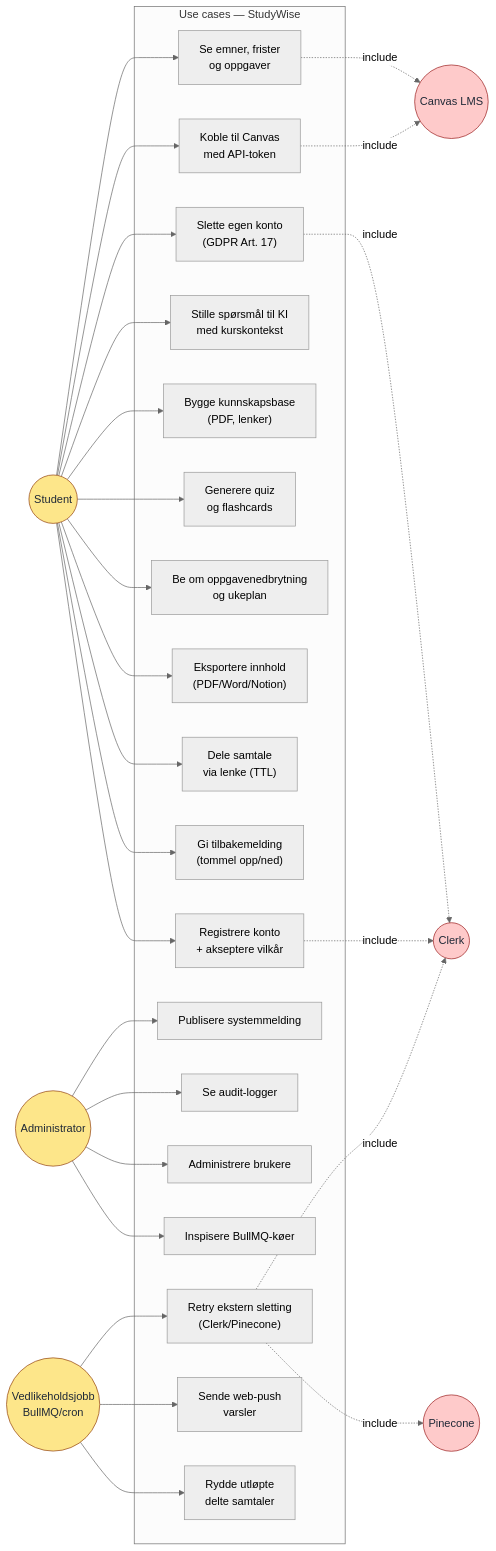
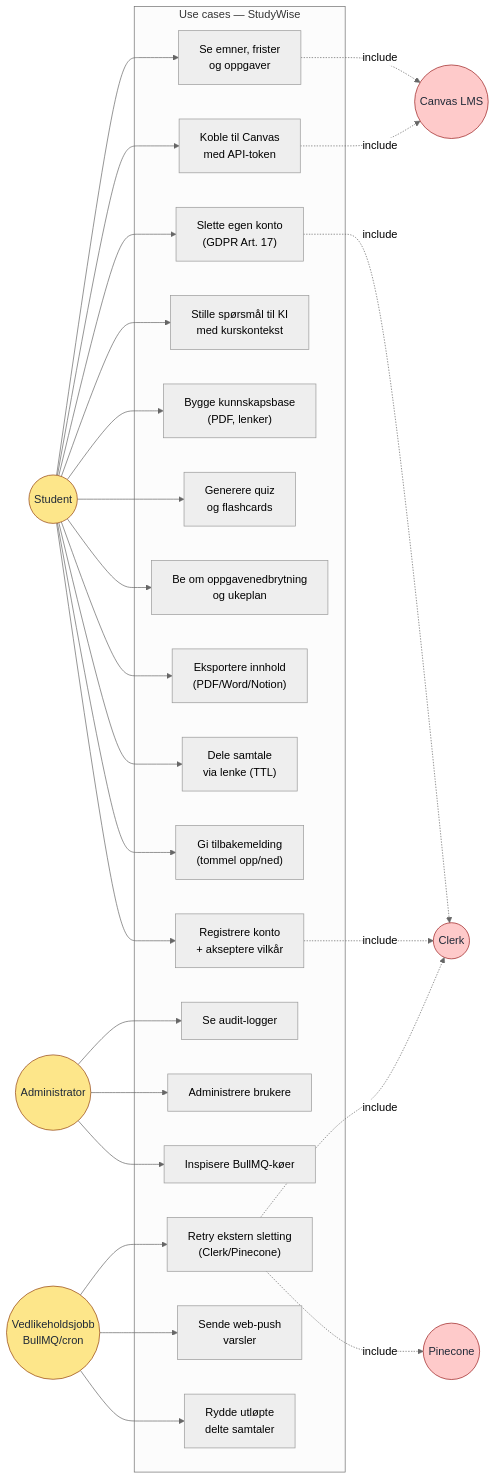
Before and after one commit to 26zl/StudyWise: the diagram in filer_prosjekt/diagrammer/13-use-case-diagram.md, drawn with Mermaid (neutral theme). The commit also changed 6 other files, not shown here.

````diff
--- a/filer_prosjekt/diagrammer/13-use-case-diagram.md
+++ b/filer_prosjekt/diagrammer/13-use-case-diagram.md
@@ -5,63 +5,61 @@
 ```mermaid
 flowchart LR
     Student((Student))
     Admin((Administrator))
     System((Vedlikeholdsjobb<br/>BullMQ/cron))
     Canvas((Canvas LMS))
     Clerk((Clerk))
     Pinecone((Pinecone))
 
     subgraph StudyWise["Use cases — StudyWise"]
         UC1["Registrere konto<br/>+ akseptere vilkår"]
         UC2["Koble til Canvas<br/>med API-token"]
         UC3["Se emner, frister<br/>og oppgaver"]
         UC4["Stille spørsmål til KI<br/>med kurskontekst"]
         UC5["Bygge kunnskapsbase<br/>(PDF, lenker)"]
         UC6["Generere quiz<br/>og flashcards"]
         UC7["Be om oppgavenedbrytning<br/>og ukeplan"]
         UC8["Eksportere innhold<br/>(PDF/Word/Notion)"]
         UC9["Dele samtale<br/>via lenke (TTL)"]
         UC10["Gi tilbakemelding<br/>(tommel opp/ned)"]
         UC11["Slette egen konto<br/>(GDPR Art. 17)"]
-        UC12["Publisere systemmelding"]
-        UC13["Se audit-logger"]
-        UC14["Administrere brukere"]
-        UC15["Inspisere BullMQ-køer"]
-        UC16["Retry ekstern sletting<br/>(Clerk/Pinecone)"]
-        UC17["Sende web-push<br/>varsler"]
-        UC18["Rydde utløpte<br/>delte samtaler"]
+        UC12["Se audit-logger"]
+        UC13["Administrere brukere"]
+        UC14["Inspisere BullMQ-køer"]
+        UC15["Retry ekstern sletting<br/>(Clerk/Pinecone)"]
+        UC16["Sende web-push<br/>varsler"]
+        UC17["Rydde utløpte<br/>delte samtaler"]
     end
 
     Student --> UC1
     Student --> UC2
     Student --> UC3
     Student --> UC4
     Student --> UC5
     Student --> UC6
     Student --> UC7
     Student --> UC8
     Student --> UC9
     Student --> UC10
     Student --> UC11
 
     Admin --> UC12
     Admin --> UC13
     Admin --> UC14
-    Admin --> UC15
 
+    System --> UC15
     System --> UC16
     System --> UC17
-    System --> UC18
 
     UC2 -. include .-> Canvas
     UC3 -. include .-> Canvas
-    UC16 -. include .-> Clerk
-    UC16 -. include .-> Pinecone
+    UC15 -. include .-> Clerk
+    UC15 -. include .-> Pinecone
     UC1 -. include .-> Clerk
     UC11 -. include .-> Clerk
 
     classDef actor fill:#fde68a,stroke:#92400e,color:#1f2937
     classDef ext fill:#fecaca,stroke:#991b1b,color:#1f2937
     class Student,Admin,System actor
     class Canvas,Clerk,Pinecone ext
 ```
````
